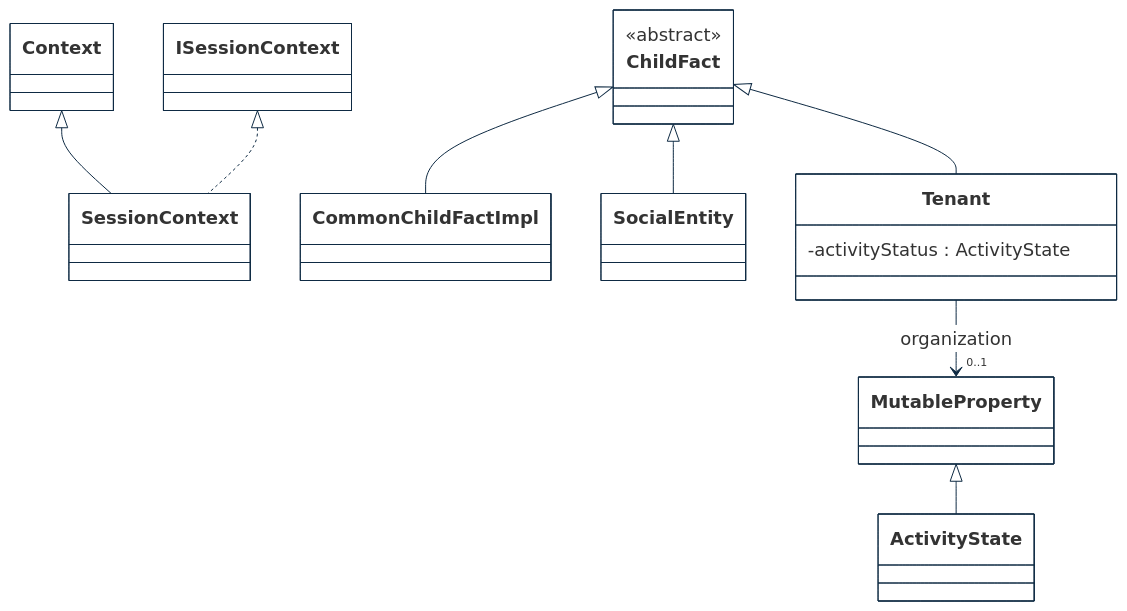
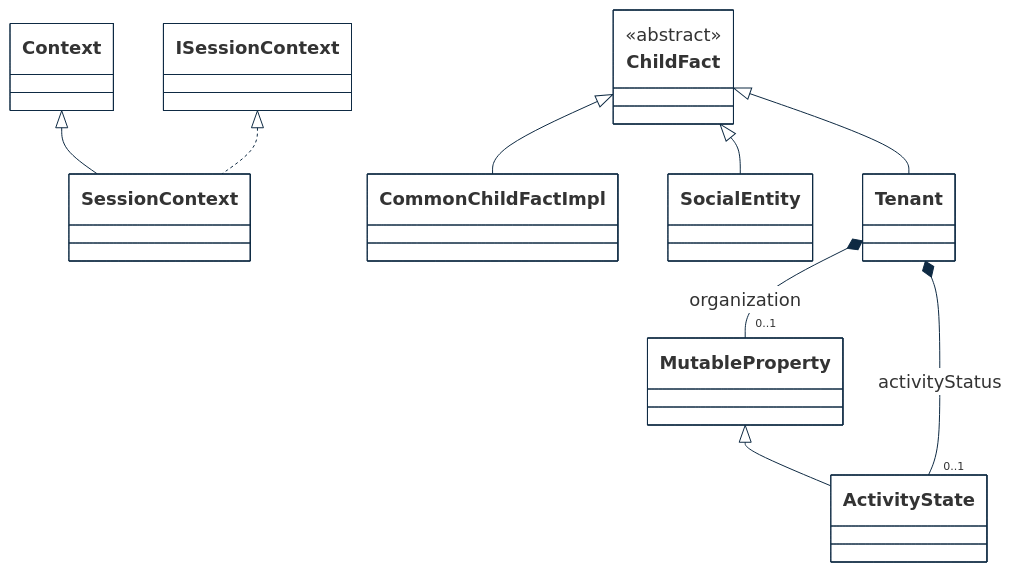
Before and after one commit to cybnity/foundation: the third of 7 diagrams in implementations-line/framework/domain/designview-packages.md, drawn with Mermaid.

````diff
--- a/implementations-line/framework/domain/designview-packages.md
+++ b/implementations-line/framework/domain/designview-packages.md
@@ -105,35 +105,35 @@
 ```mermaid
 %%{
   init: {
     'theme': 'base',
     'themeVariables': {
         'background': '#ffffff',
         'fontFamily': 'arial',
         'fontSize': '18px',
         'primaryColor': '#fff',
         'primaryBorderColor': '#0e2a43',
         'secondaryBorderColor': '#0e2a43',
         'tertiaryBorderColor': '#0e2a43',
         'edgeLabelBackground':'#0e2a43',
         'lineColor': '#0e2a43',
         'tertiaryColor': '#fff'
     }
   }
 }%%
 classDiagram
     Context <|-- SessionContext
     ISessionContext <|.. SessionContext
     ChildFact <|-- CommonChildFactImpl
     ChildFact <|-- SocialEntity
     ChildFact <|-- Tenant
     MutableProperty <|-- ActivityState
-    Tenant --> "0..1" MutableProperty : organization
+    Tenant *-- "0..1" MutableProperty : organization
+    Tenant *-- "0..1" ActivityState : activityStatus
 
     class ChildFact {
         <<abstract>>
     }
     class Tenant {
-        -activityStatus : ActivityState
     }
 
 ```
````
